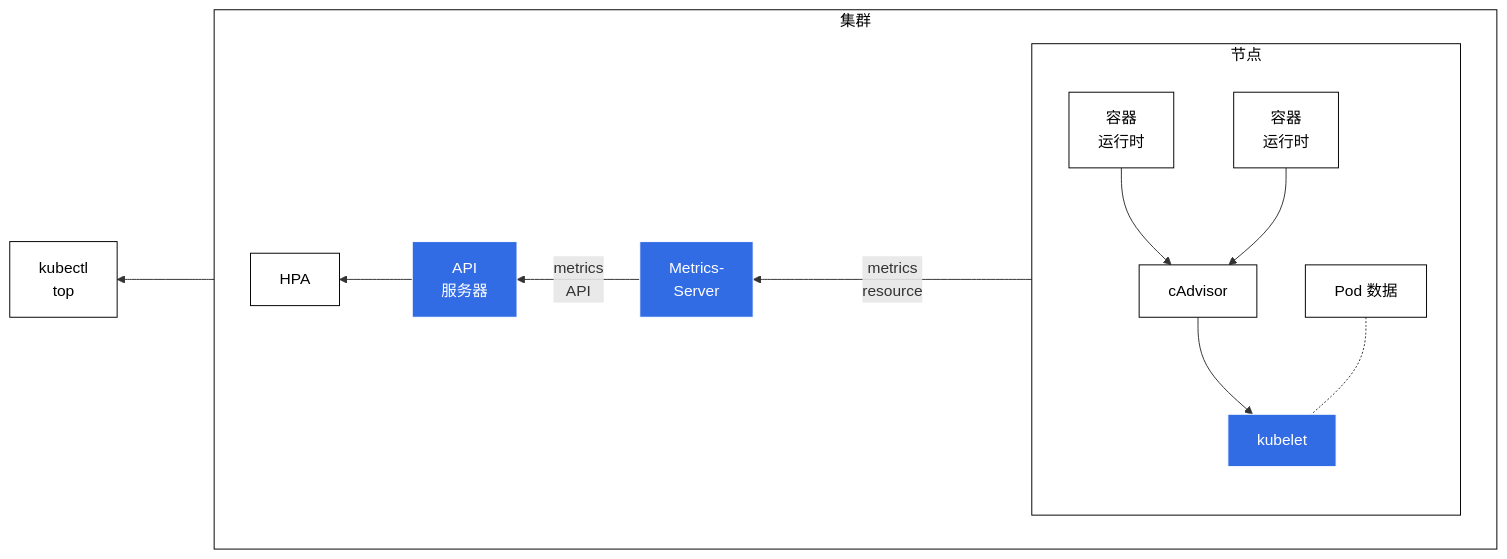
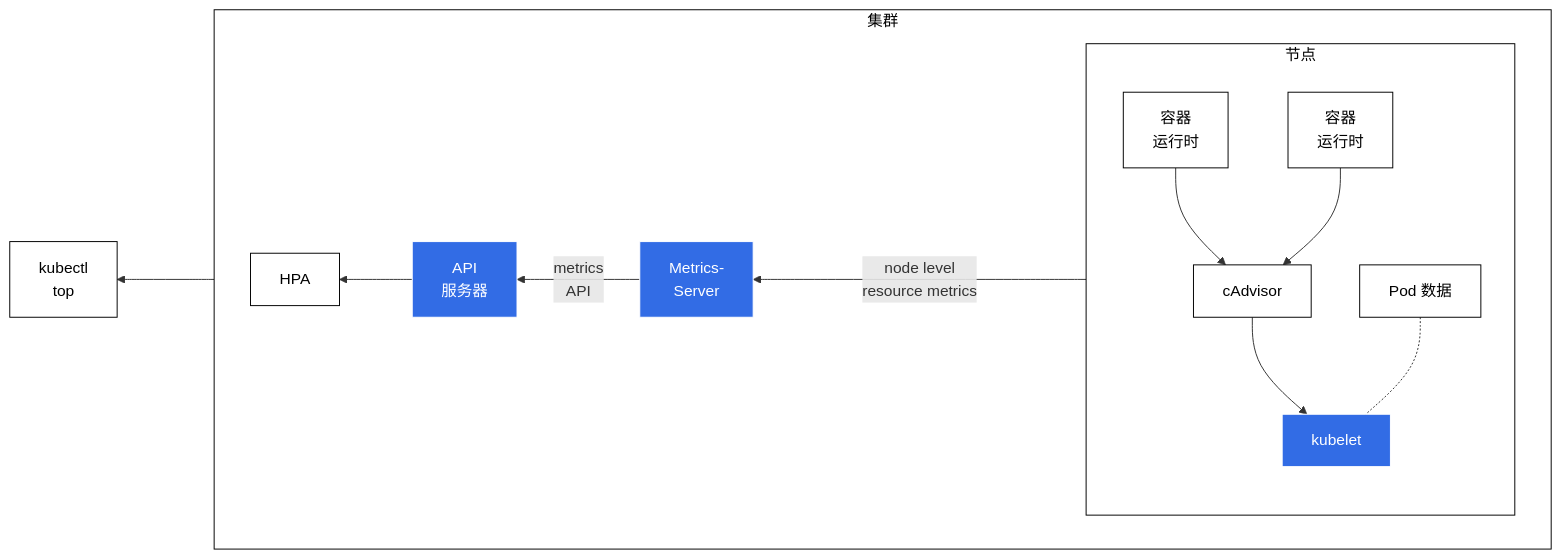
The diagram in content/zh-cn/docs/tasks/debug/debug-cluster/resource-metrics-pipeline.md (kubernetes/website), drawn with Mermaid before and after one commit. The commit also changed other lines of this file, not shown here.

```diff
--- a/content/zh-cn/docs/tasks/debug/debug-cluster/resource-metrics-pipeline.md
+++ b/content/zh-cn/docs/tasks/debug/debug-cluster/resource-metrics-pipeline.md
@@ -64,25 +64,25 @@
 {{< mermaid >}}
 flowchart RL
 subgraph cluster[集群]
 direction RL
 S[ <br><br> ]
 A[Metrics-<br>Server]
 subgraph B[节点]
 direction TB
 D[cAdvisor] --> C[kubelet]
 E[容器<br>运行时] --> D
 E1[容器<br>运行时] --> D
 P[Pod 数据] -.- C
 end
 L[API<br>服务器]
 W[HPA]
-C ---->|metrics<br>resource| A -->|metrics<br>API| L --> W
+C ---->|node level<br>resource metrics| A -->|metrics<br>API| L --> W
 end
 L ---> K[kubectl<br>top]
 classDef box fill:#fff,stroke:#000,stroke-width:1px,color:#000;
 class W,B,P,K,cluster,D,E,E1 box
 classDef spacewhite fill:#ffffff,stroke:#fff,stroke-width:0px,color:#000
 class S spacewhite
 classDef k8s fill:#326ce5,stroke:#fff,stroke-width:1px,color:#fff;
 class A,L,C k8s
 {{< /mermaid >}}
```
